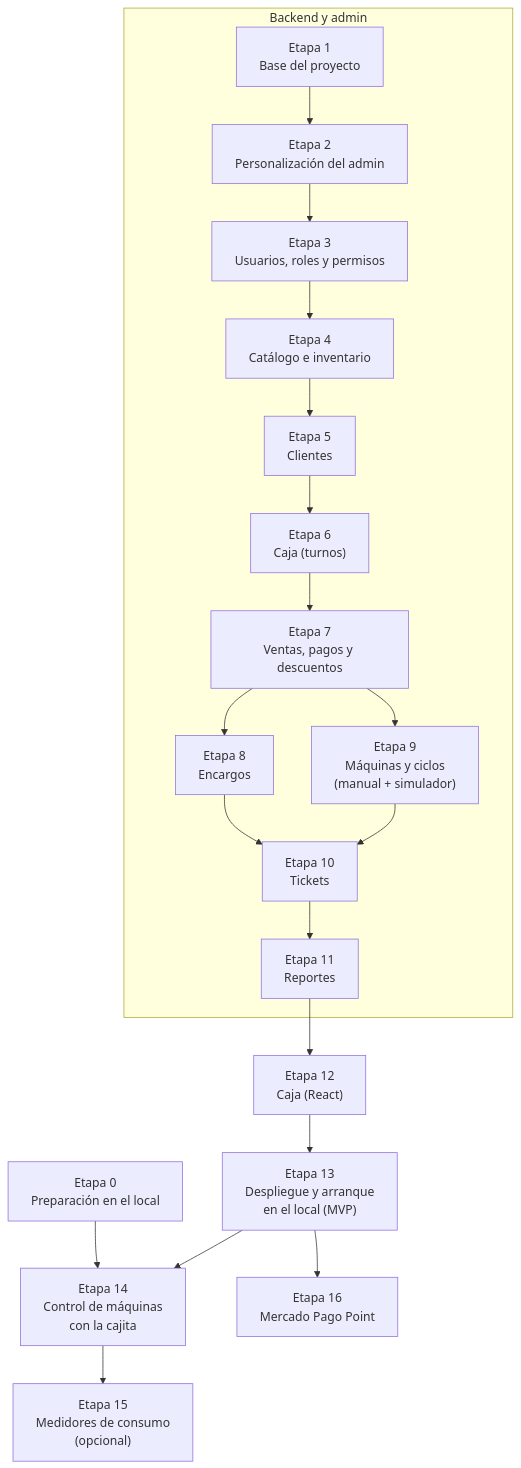
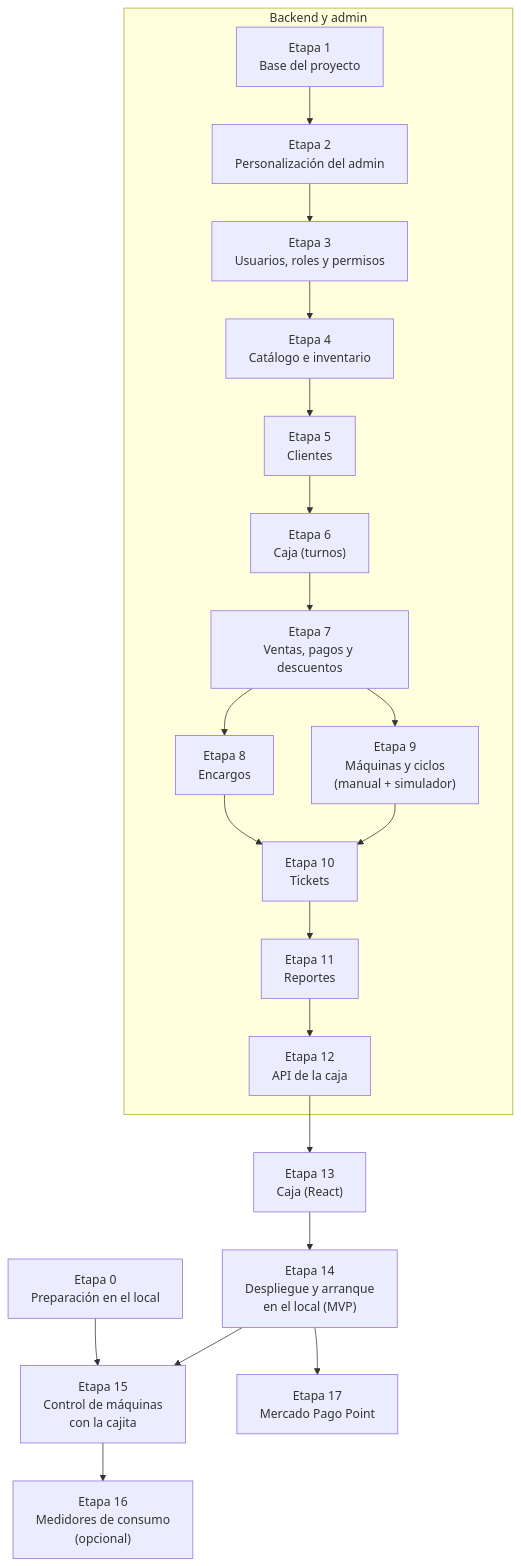
One commit to atneses/open-laundry changed the diagram in plan.md. Above: the diagram before and after it, drawn with Mermaid. The commit also changed other lines of this file and 40 other files, not shown here.

````diff
--- a/plan.md
+++ b/plan.md
@@ -41,34 +42,36 @@
 ```mermaid
 flowchart TD
-    E0["Etapa 0<br/>Preparación en el local"] --> E14
+    E0["Etapa 0<br/>Preparación en el local"] --> E15
     E1["Etapa 1<br/>Base del proyecto"] --> E2["Etapa 2<br/>Personalización del admin"]
     E2 --> E3["Etapa 3<br/>Usuarios, roles y permisos"]
     E3 --> E4["Etapa 4<br/>Catálogo e inventario"]
     E4 --> E5["Etapa 5<br/>Clientes"]
     E5 --> E6["Etapa 6<br/>Caja (turnos)"]
     E6 --> E7["Etapa 7<br/>Ventas, pagos y descuentos"]
     E7 --> E8["Etapa 8<br/>Encargos"]
     E7 --> E9["Etapa 9<br/>Máquinas y ciclos<br/>(manual + simulador)"]
     E8 --> E10["Etapa 10<br/>Tickets"]
     E9 --> E10
     E10 --> E11["Etapa 11<br/>Reportes"]
-    E11 --> E12["Etapa 12<br/>Caja (React)"]
-    E12 --> E13["Etapa 13<br/>Despliegue y arranque<br/>en el local (MVP)"]
-    E13 --> E14["Etapa 14<br/>Control de máquinas<br/>con la cajita"]
-    E14 --> E15["Etapa 15<br/>Medidores de consumo<br/>(opcional)"]
-    E13 --> E16["Etapa 16<br/>Mercado Pago Point"]
+    E11 --> E12["Etapa 12<br/>API de la caja"]
+    E12 --> E13["Etapa 13<br/>Caja (React)"]
+    E13 --> E14["Etapa 14<br/>Despliegue y arranque<br/>en el local (MVP)"]
+    E14 --> E15["Etapa 15<br/>Control de máquinas<br/>con la cajita"]
+    E15 --> E16["Etapa 16<br/>Medidores de consumo<br/>(opcional)"]
+    E14 --> E17["Etapa 17<br/>Mercado Pago Point"]
 
     subgraph back["Backend y admin"]
         E1
         E2
         E3
         E4
         E5
         E6
         E7
         E8
         E9
         E10
         E11
+        E12
     end
 ```
````
